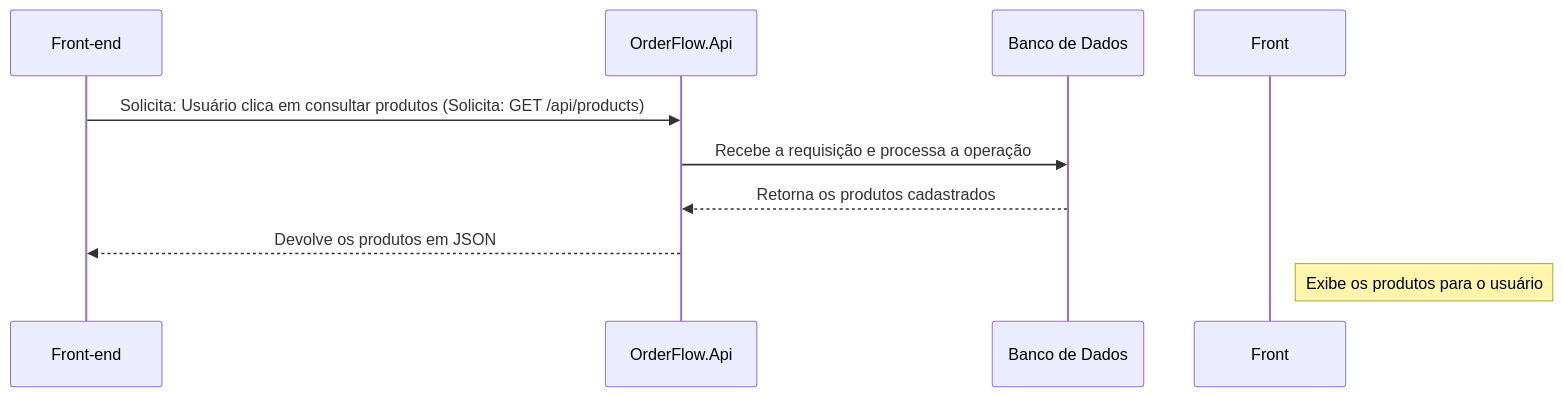
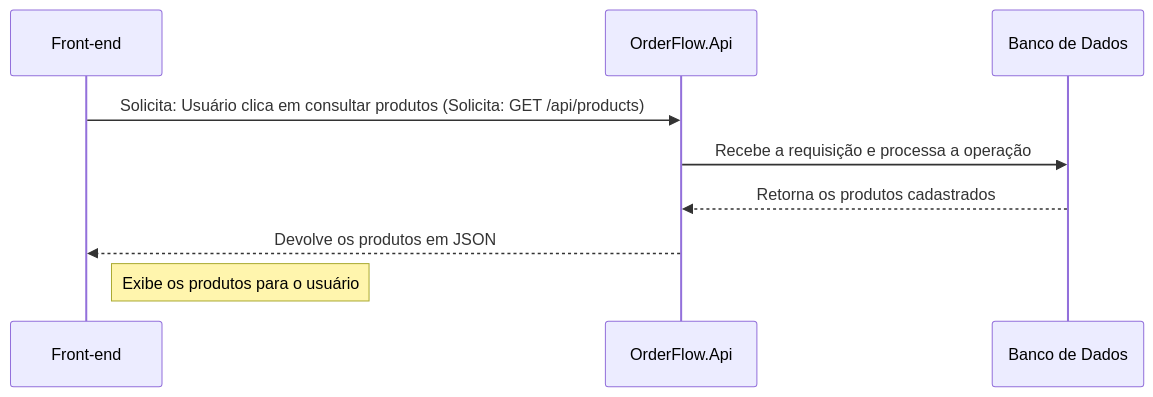
One commit to kenzofrias/BackendCareer changed the second of 2 diagrams in Dias/Dia002/Aula01.md. Above: the diagram before and after it, drawn with Mermaid.

Commit message:
Fix note reference for product display in Aula01.md

````diff
--- a/Dias/Dia002/Aula01.md
+++ b/Dias/Dia002/Aula01.md
@@ -110,12 +110,12 @@
 ```mermaid
 sequenceDiagram
   participant F as Front-end
   participant O as OrderFlow.Api
   participant BD as Banco de Dados
 
   F->>O: Solicita: Usuário clica em consultar produtos (Solicita: GET /api/products)
   O->>BD: Recebe a requisição e processa a operação
   BD-->>O: Retorna os produtos cadastrados
   O-->>F: Devolve os produtos em JSON
-  Note right of Front: Exibe os produtos para o usuário
+  Note right of F: Exibe os produtos para o usuário
 ```
````
